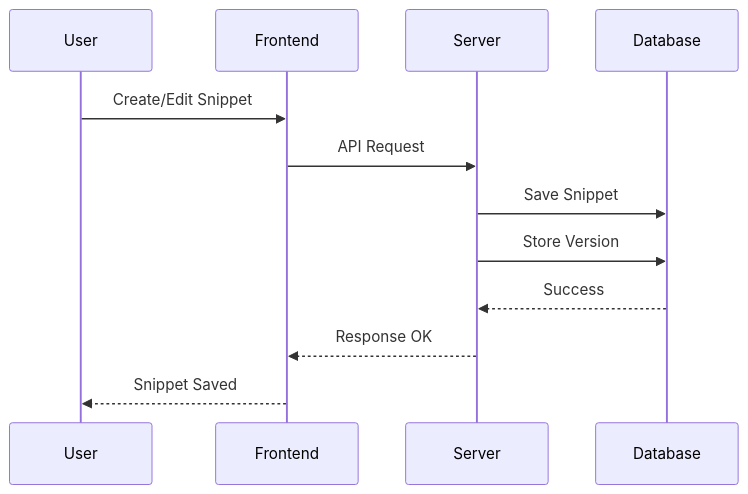
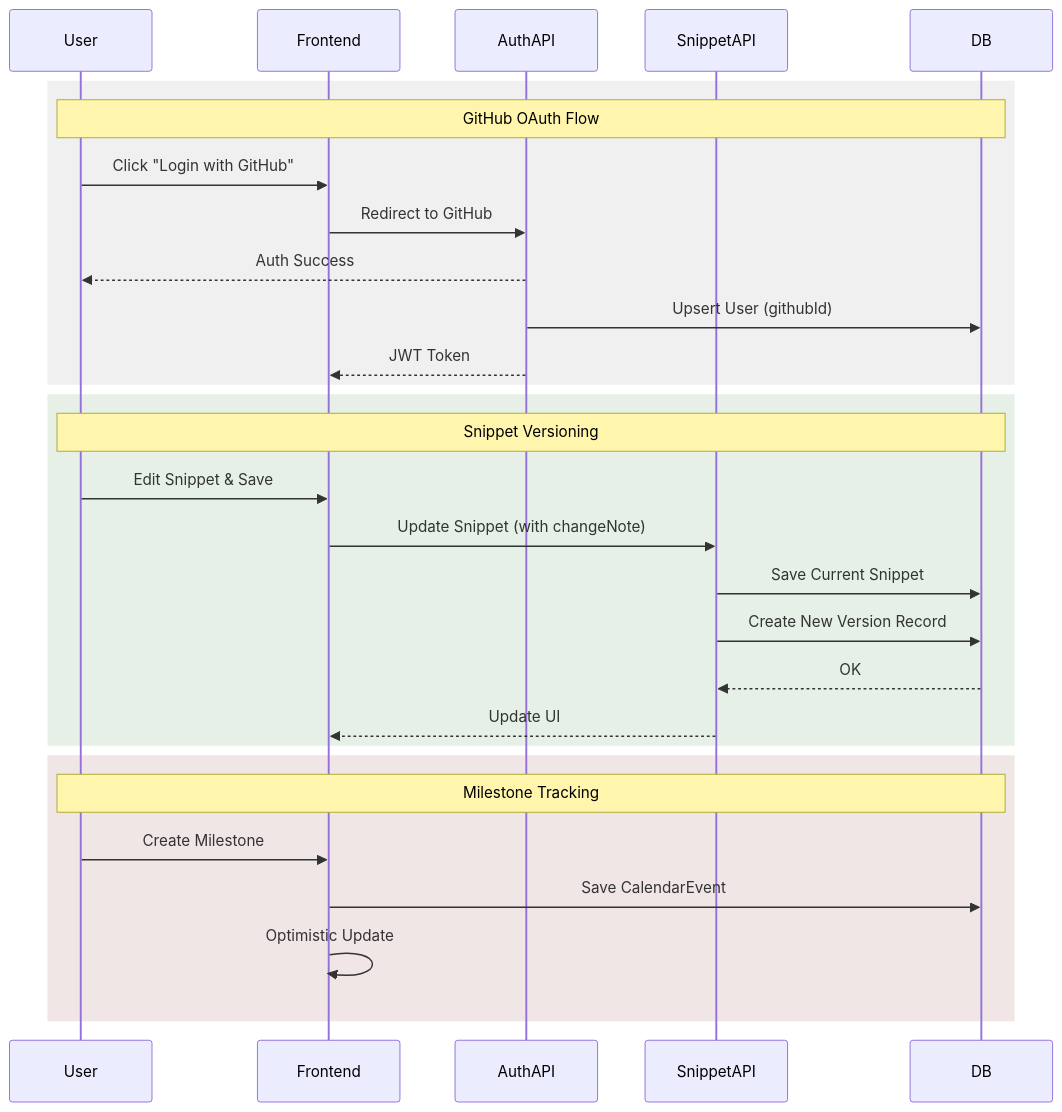
The diagram in sequenceDiagram.md (mahi656/Code-Snippet), drawn with Mermaid before and after one commit. The commit also changed 5 other files, not shown here.

Commit message:
docs: update diagrams in markdown files

````diff
--- a/sequenceDiagram.md
+++ b/sequenceDiagram.md
@@ -1,15 +1,37 @@
 ```mermaid
 sequenceDiagram
     participant User
     participant Frontend
-    participant Server
-    participant Database
+    participant AuthAPI
+    participant SnippetAPI
+    participant DB
 
-    User->>Frontend: Create/Edit Snippet
-    Frontend->>Server: API Request
-    Server->>Database: Save Snippet
-    Server->>Database: Store Version
-    Database-->>Server: Success
-    Server-->>Frontend: Response OK
-    Frontend-->>User: Snippet Saved
+    %% Auth Flow
+    rect rgb(240, 240, 240)
+        Note over User, DB: GitHub OAuth Flow
+        User->>Frontend: Click "Login with GitHub"
+        Frontend->>AuthAPI: Redirect to GitHub
+        AuthAPI-->>User: Auth Success
+        AuthAPI->>DB: Upsert User (githubId)
+        AuthAPI-->>Frontend: JWT Token
+    end
+
+    %% Versioning Flow
+    rect rgb(230, 240, 230)
+        Note over User, DB: Snippet Versioning
+        User->>Frontend: Edit Snippet & Save
+        Frontend->>SnippetAPI: Update Snippet (with changeNote)
+        SnippetAPI->>DB: Save Current Snippet
+        SnippetAPI->>DB: Create New Version Record
+        DB-->>SnippetAPI: OK
+        SnippetAPI-->>Frontend: Update UI
+    end
+
+    %% Calendar Flow
+    rect rgb(240, 230, 230)
+        Note over User, DB: Milestone Tracking
+        User->>Frontend: Create Milestone
+        Frontend->>DB: Save CalendarEvent
+        Frontend->>Frontend: Optimistic Update
+    end
 ```
````
